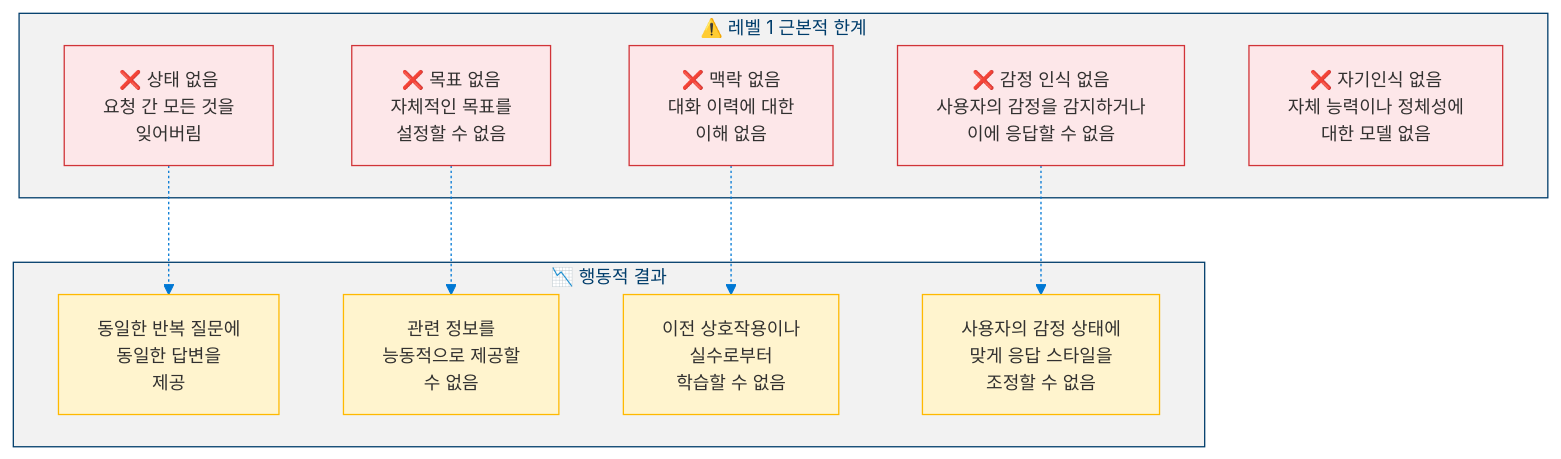
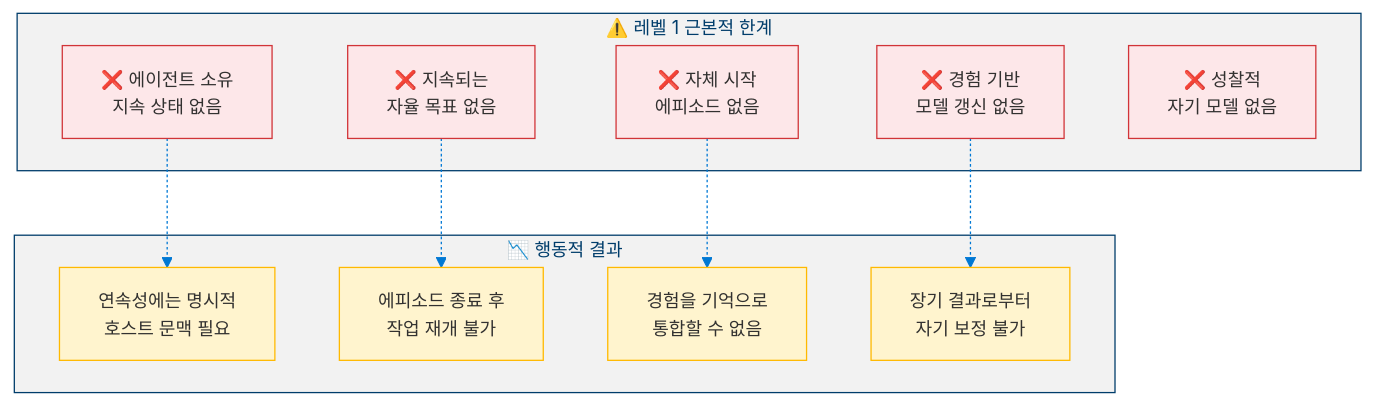
Before and after one commit to dotnetpower/mscp: the fifth of 7 diagrams in docs/levels/Level_1_Tool_Agent.ko.md, drawn with Mermaid. The commit also changed other lines of this file and 21 other files, not shown here.

````diff
--- a/docs/levels/Level_1_Tool_Agent.ko.md
+++ b/docs/levels/Level_1_Tool_Agent.ko.md
@@ -394,28 +444,28 @@
 ```mermaid
 %%{init: {'theme': 'base', 'themeVariables': {'primaryColor': '#0078D4', 'primaryTextColor': '#003D6B', 'primaryBorderColor': '#003D6B', 'secondaryColor': '#50E6FF', 'secondaryTextColor': '#323130', 'secondaryBorderColor': '#00BCF2', 'tertiaryColor': '#F2F2F2', 'tertiaryTextColor': '#323130', 'lineColor': '#0078D4', 'textColor': '#323130', 'mainBkg': '#DEECF9', 'nodeBorder': '#0078D4', 'clusterBkg': '#F2F2F2', 'clusterBorder': '#003D6B', 'titleColor': '#003D6B', 'edgeLabelBackground': '#FFFFFF', 'fontSize': '14px'}}}%%
 flowchart TD
   classDef danger fill:#D13438,stroke:#A4262C,color:#FFF
   classDef dangerLight fill:#FDE7E9,stroke:#D13438,color:#323130
   classDef warning fill:#FFB900,stroke:#CC9400,color:#323130
   classDef warningLight fill:#FFF4CE,stroke:#FFB900,color:#323130
 
   subgraph Limitations["⚠️ 레벨 1 근본적 한계"]
-    L1["❌ 상태 없음<br/>요청 간 모든 것을<br/>잊어버림"]:::dangerLight
-    L2["❌ 목표 없음<br/>자체적인 목표를<br/>설정할 수 없음"]:::dangerLight
-    L3["❌ 맥락 없음<br/>대화 이력에 대한<br/>이해 없음"]:::dangerLight
-    L4["❌ 감정 인식 없음<br/>사용자의 감정을 감지하거나<br/>이에 응답할 수 없음"]:::dangerLight
-    L5["❌ 자기인식 없음<br/>자체 능력이나 정체성에<br/>대한 모델 없음"]:::dangerLight
+    L1["❌ 에이전트 소유<br/>지속 상태 없음"]:::dangerLight
+    L2["❌ 지속되는<br/>자율 목표 없음"]:::dangerLight
+    L3["❌ 자체 시작<br/>에피소드 없음"]:::dangerLight
+    L4["❌ 경험 기반<br/>모델 갱신 없음"]:::dangerLight
+    L5["❌ 성찰적<br/>자기 모델 없음"]:::dangerLight
   end
 
   subgraph Consequences["📉 행동적 결과"]
-    C1["동일한 반복 질문에<br/>동일한 답변을<br/>제공"]:::warningLight
-    C2["관련 정보를<br/>능동적으로 제공할<br/>수 없음"]:::warningLight
-    C3["이전 상호작용이나<br/>실수로부터<br/>학습할 수 없음"]:::warningLight
-    C4["사용자의 감정 상태에<br/>맞게 응답 스타일을<br/>조정할 수 없음"]:::warningLight
+    C1["연속성에는 명시적<br/>호스트 문맥 필요"]:::warningLight
+    C2["에피소드 종료 후<br/>작업 재개 불가"]:::warningLight
+    C3["경험을 기억으로<br/>통합할 수 없음"]:::warningLight
+    C4["장기 결과로부터<br/>자기 보정 불가"]:::warningLight
   end
 
   L1 -.-> C1
   L2 -.-> C2
   L3 -.-> C3
   L4 -.-> C4
 ```
````
